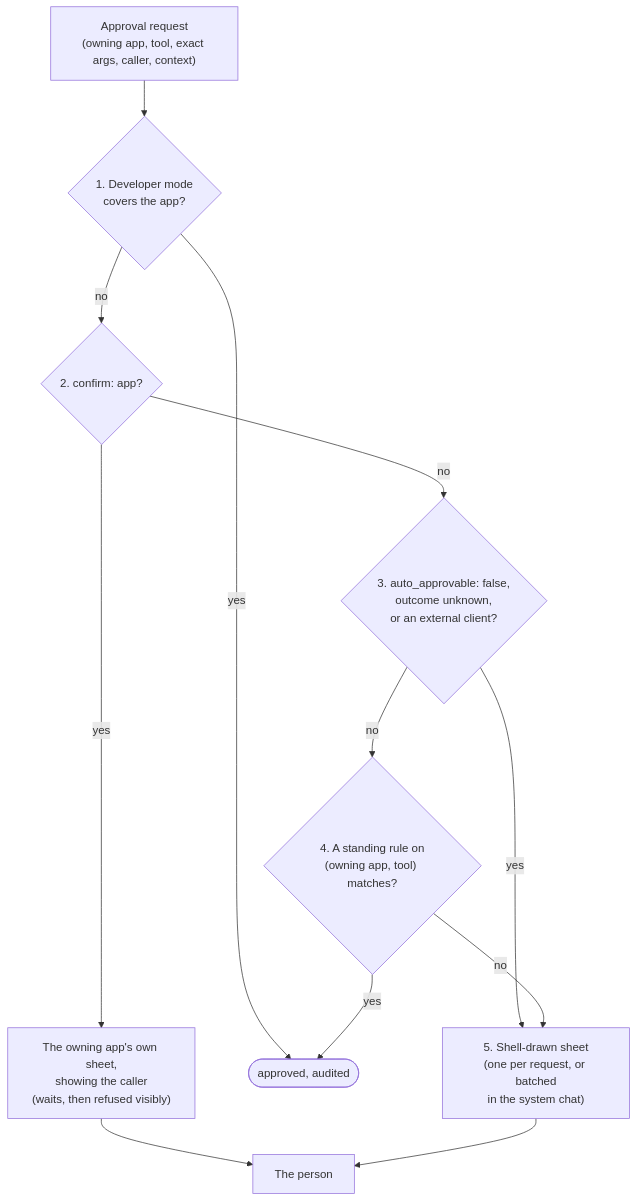
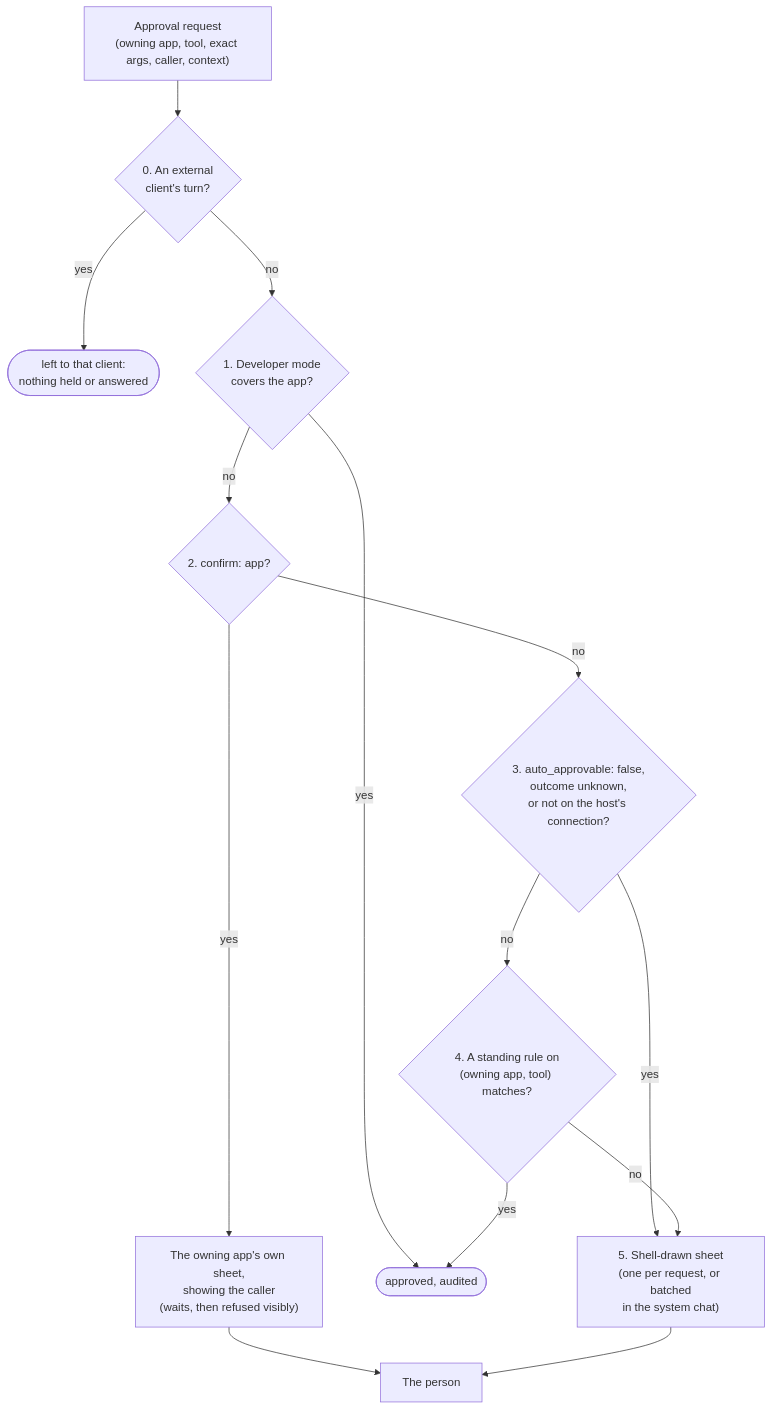
The fourth of 5 diagrams in docs/architecture.md (OctoSense-org/OctoSense), drawn with Mermaid before and after one commit. The commit also changed other lines of this file and 1 other file, not shown here.

First line of the commit message:
docs(architecture): bring the page up to main's code (on top of #275)

````diff
--- a/docs/architecture.md
+++ b/docs/architecture.md
@@ -296,22 +305,26 @@
 ```mermaid
 flowchart TB
   req["Approval request<br/>(owning app, tool, exact args, caller, context)"]
+  ext{"0. An external<br/>client's turn?"}
+  left(["left to that client:<br/>nothing held or answered"])
   dev{"1. Developer mode<br/>covers the app?"}
   capp{"2. confirm: app?"}
-  always{"3. auto_approvable: false,<br/>outcome unknown,<br/>or an external client?"}
+  always{"3. auto_approvable: false,<br/>outcome unknown,<br/>or not on the host's connection?"}
   rule{"4. A standing rule on<br/>(owning app, tool) matches?"}
   sheet["5. Shell-drawn sheet<br/>(one per request, or batched<br/>in the system chat)"]
   ok(["approved, audited"])
   appsheet["The owning app's own sheet,<br/>showing the caller<br/>(waits, then refused visibly)"]
   person["The person"]
-  req --> dev
+  req --> ext
+  ext -- yes --> left
+  ext -- no --> dev
   dev -- yes --> ok
   dev -- no --> capp
   capp -- yes --> appsheet --> person
   capp -- no --> always
   always -- yes --> sheet
   always -- no --> rule
   rule -- yes --> ok
   rule -- no --> sheet
   sheet --> person
 ```
````
